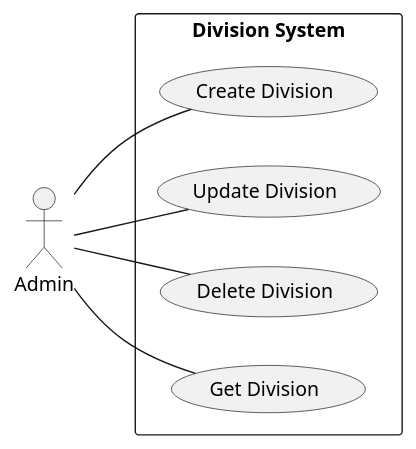
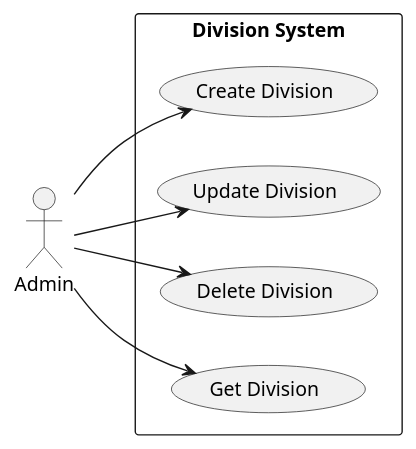
One commit to fwidjaya20/fazzlearning-uml changed the diagram in UseCase/Release01/DivisionSubSystem.wsd. Above: the diagram before and after it, drawn with PlantUML. The commit also changed 8 other files, not shown here.

```diff
--- a/UseCase/Release01/DivisionSubSystem.wsd
+++ b/UseCase/Release01/DivisionSubSystem.wsd
@@ -1,15 +1,18 @@
 @startuml DivisionSubSystem
 
 left to right direction
+
+skinparam Monochrome true
+skinparam Shadowing false
 skinparam packageStyle rectangle
 
 actor Admin
 
 rectangle "Division System" {
-    Admin -- (Create Division)
-    Admin -- (Update Division)
-    Admin -- (Delete Division)
-    Admin -- (Get Division)
+    Admin --> (Create Division)
+    Admin --> (Update Division)
+    Admin --> (Delete Division)
+    Admin --> (Get Division)
 }
 
 @enduml
```
